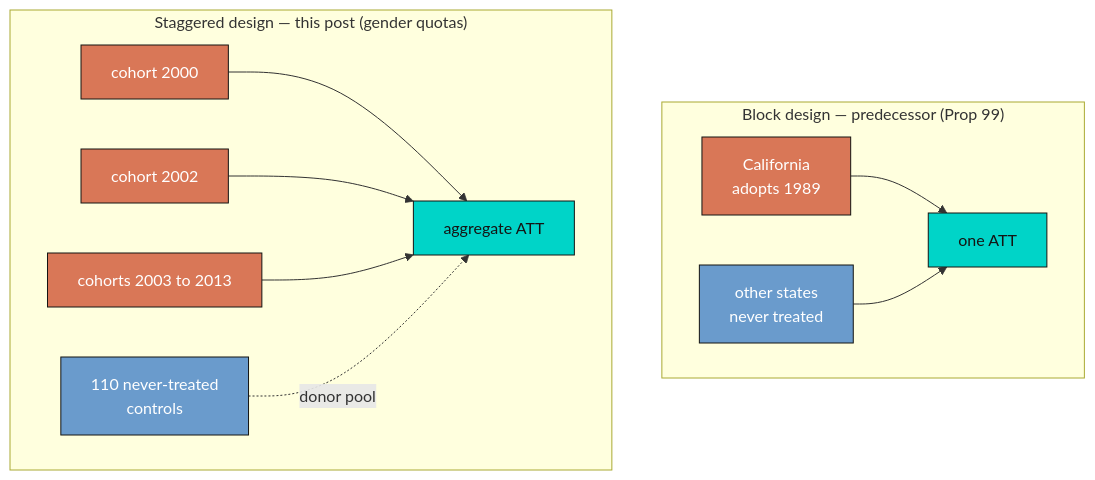
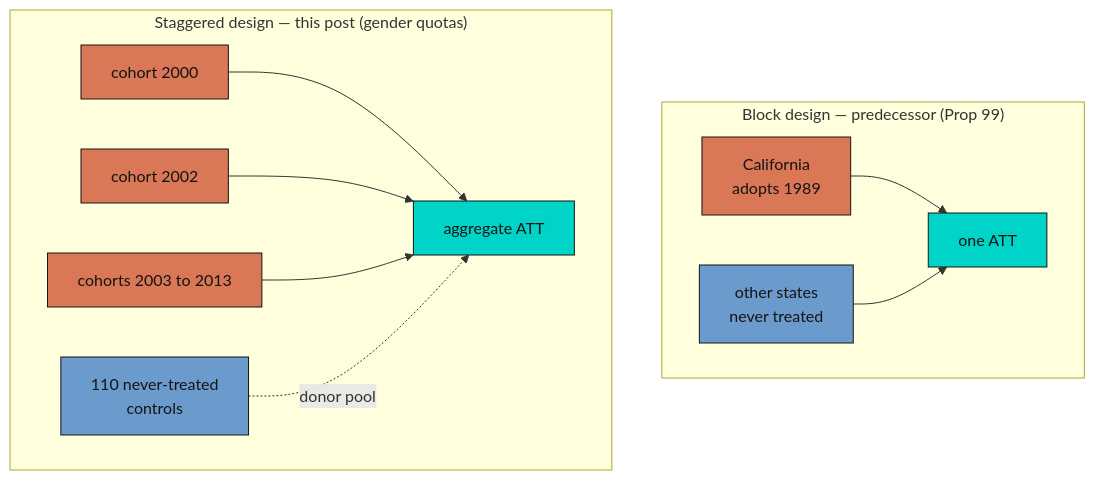
Before and after one commit to cmg777/starter-academic-v501: the first of 3 diagrams in content/post/stata_sdid_staggered/index.md, drawn with Mermaid. The commit also changed other lines of this file and 67 other files, not shown here.

First line of the commit message:
fix(mermaid): readable diagram text in both themes across the site

````diff
--- a/content/post/stata_sdid_staggered/index.md
+++ b/content/post/stata_sdid_staggered/index.md
@@ -89,21 +89,21 @@
 ```mermaid
 graph TD
     subgraph "Block design — predecessor (Prop 99)"
         B1["California<br/>adopts 1989"] --> BATT["one ATT"]
         B2["other states<br/>never treated"] --> BATT
     end
     subgraph "Staggered design — this post (gender quotas)"
         S1["cohort 2000"] --> SATT["aggregate ATT"]
         S2["cohort 2002"] --> SATT
         S3["cohorts 2003 to 2013"] --> SATT
         SC["110 never-treated<br/>controls"] -.donor pool.-> SATT
     end
-    style B1 fill:#d97757,stroke:#141413,color:#fff
-    style B2 fill:#6a9bcc,stroke:#141413,color:#fff
+    style B1 fill:#d97757,stroke:#141413,color:#141413
+    style B2 fill:#6a9bcc,stroke:#141413,color:#141413
     style BATT fill:#00d4c8,stroke:#141413,color:#141413
-    style S1 fill:#d97757,stroke:#141413,color:#fff
-    style S2 fill:#d97757,stroke:#141413,color:#fff
-    style S3 fill:#d97757,stroke:#141413,color:#fff
-    style SC fill:#6a9bcc,stroke:#141413,color:#fff
+    style S1 fill:#d97757,stroke:#141413,color:#141413
+    style S2 fill:#d97757,stroke:#141413,color:#141413
+    style S3 fill:#d97757,stroke:#141413,color:#141413
+    style SC fill:#6a9bcc,stroke:#141413,color:#141413
     style SATT fill:#00d4c8,stroke:#141413,color:#141413
 ```
````
